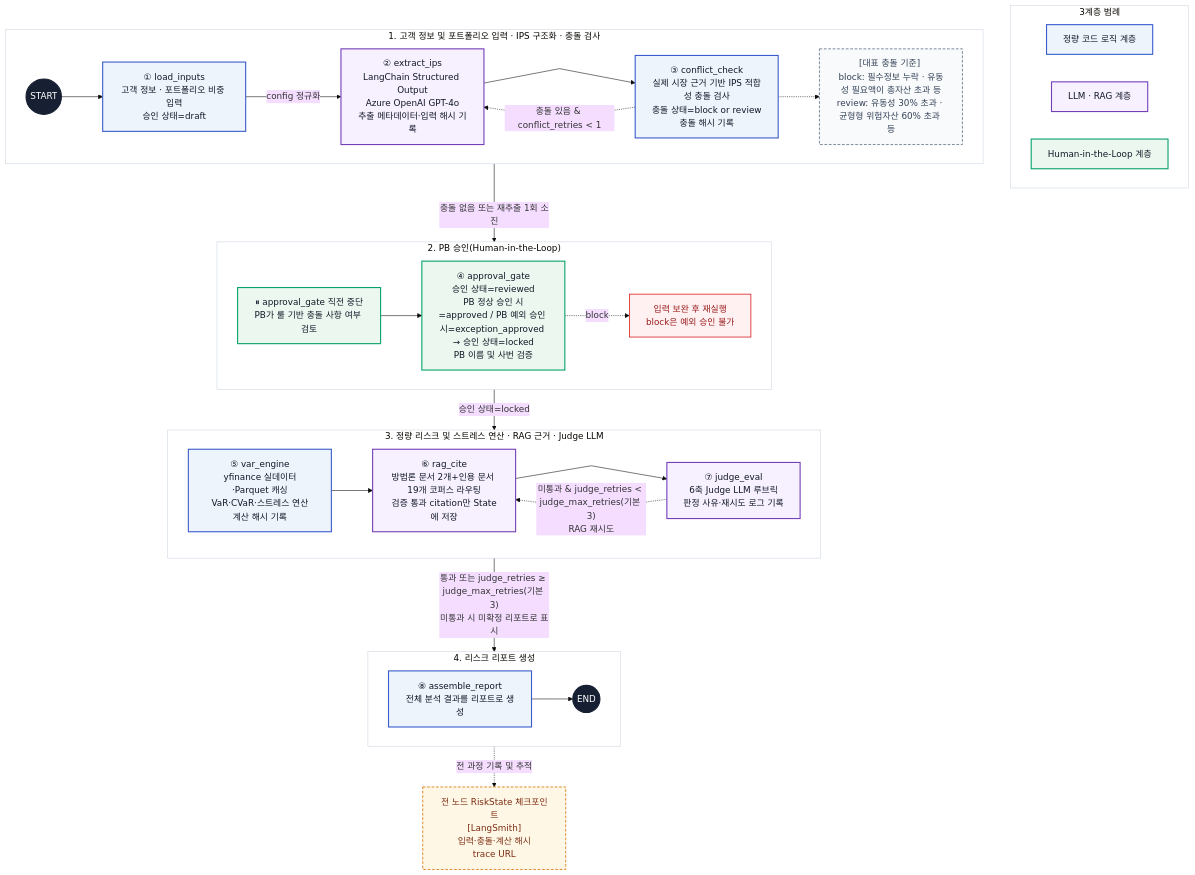
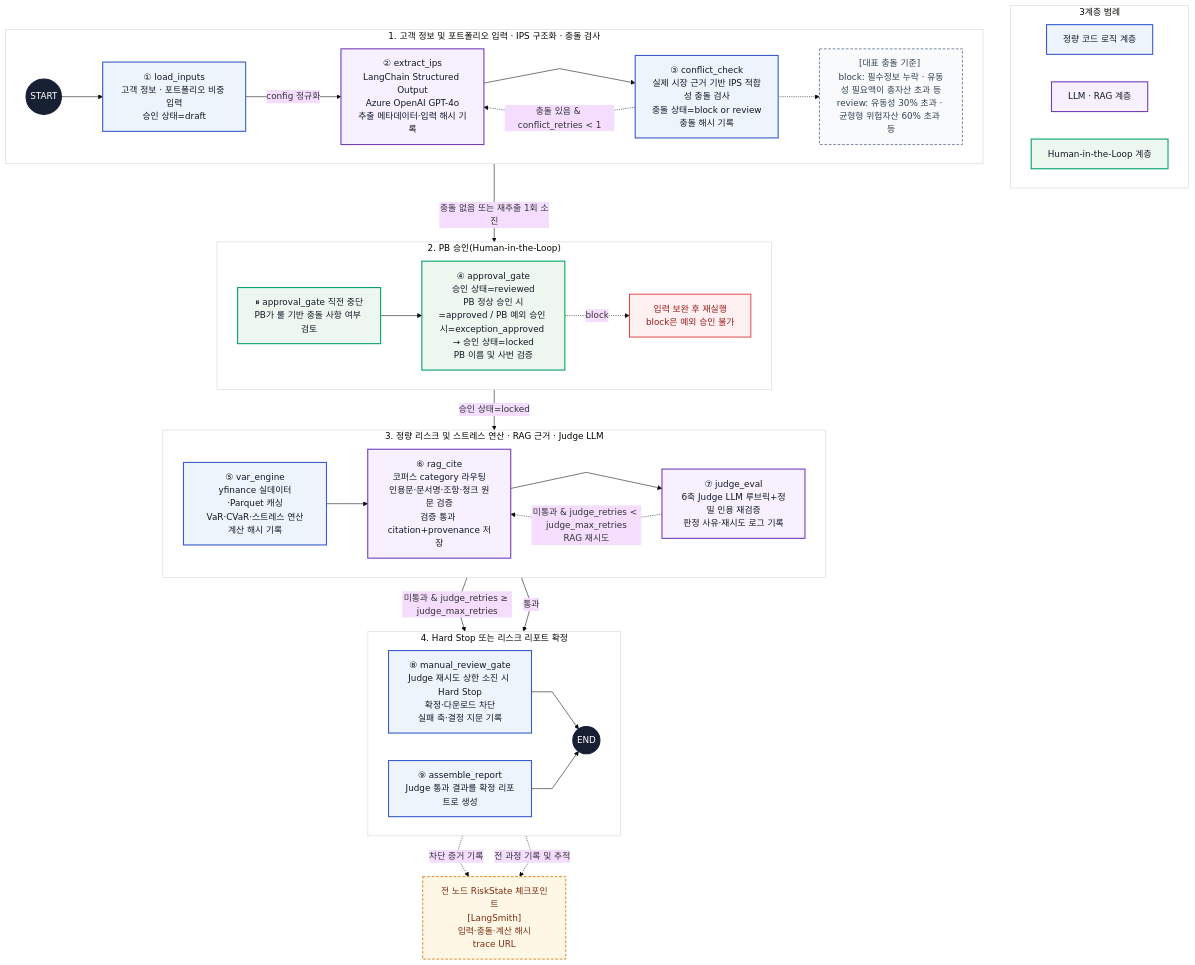
Before and after one commit to SamsungSecurities-YoungCreator-15th-4/S_Hub: the diagram in mermaid.mmd, drawn with Mermaid. The commit also changed 16 other files, not shown here.

Commit message:
feat: Judge Hard Stop 및 정밀 인용 검증 추가

```diff
--- a/mermaid.mmd
+++ b/mermaid.mmd
@@ -1,92 +1,96 @@
 %%{init: {"theme": "base", "flowchart": {"htmlLabels": true, "curve": "linear"}}}%%
 %% S.ymphony Mermaid 아키텍처
-%% 실제 LangGraph 노드 8개 · 실행 단계 4개 · 아키텍처 계층 3개 · 조건부 루프 2개 · HITL 1개
+%% 실제 LangGraph 노드 9개 · 실행 단계 4개 · 아키텍처 계층 3개 · 조건부 루프 2개 · HITL 1개
 flowchart TB
 
     %% 실행 흐름과 분리된 아키텍처 계층 범례
     subgraph LEGEND["3계층 범례"]
         direction LR
         KEY_DET["정량 코드 로직 계층"]
         KEY_LLM["LLM · RAG 계층"]
         KEY_HITL["Human-in-the-Loop 계층"]
     end
 
     %% 1단계: 고객 정보 및 포트폴리오 입력, IPS 구조화, 충돌 검사
     subgraph STEP1["1. 고객 정보 및 포트폴리오 입력 · IPS 구조화 · 충돌 검사"]
         direction LR
         START((START))
         N1["① load_inputs<br/>고객 정보 · 포트폴리오 비중 입력<br/>승인 상태=draft"]
         N2["② extract_ips<br/>LangChain Structured Output<br/>Azure OpenAI GPT-4o<br/>추출 메타데이터·입력 해시 기록"]
         N3["③ conflict_check<br/>실제 시장 근거 기반 IPS 적합성 충돌 검사<br/>충돌 상태=block or review<br/>충돌 해시 기록"]
         CONFLICT["[대표 충돌 기준] <br/>block: 필수정보 누락 · 유동성 필요액이 총자산 초과 등<br/>review: 유동성 30% 초과 · 균형형 위험자산 60% 초과 등"]
 
         START --> N1
         N1 -->|"config 정규화"| N2
         N2 --> N3
         N3 -. "충돌 있음 & conflict_retries < 1" .-> N2
         N3 -.-> CONFLICT
     end
 
     %% 2단계: PB 승인(Human-in-the-Loop)
     subgraph STEP2["2. PB 승인(Human-in-the-Loop)"]
         direction LR
         PAUSE["⏸ approval_gate 직전 중단<br/>PB가 룰 기반 충돌 사항 여부 검토"]
         N4["④ approval_gate<br/>승인 상태=reviewed<br/>PB 정상 승인 시=approved / PB 예외 승인 시=exception_approved → 승인 상태=locked<br/>PB 이름 및 사번 검증"]
         STOP["입력 보완 후 재실행<br/>block은 예외 승인 불가"]
 
         PAUSE --> N4
         N4 -. "block" .-> STOP
     end
 
     %% 3단계: 정량 리스크 엔진, XAI, 검증 및 추적
     subgraph STEP3["3. 정량 리스크 및 스트레스 연산 · RAG 근거 · Judge LLM"]
         direction LR
         N5["⑤ var_engine<br/>yfinance 실데이터·Parquet 캐싱<br/>VaR·CVaR·스트레스 연산<br/>계산 해시 기록"]
-        N6["⑥ rag_cite<br/>방법론 문서 2개+인용 문서 19개 코퍼스 라우팅<br/>검증 통과 citation만 State에 저장"]
-        N7["⑦ judge_eval<br/>6축 Judge LLM 루브릭<br/>판정 사유·재시도 로그 기록"]
+        N6["⑥ rag_cite<br/>코퍼스 category 라우팅<br/>인용문·문서명·조항·청크 원문 검증<br/>검증 통과 citation+provenance 저장"]
+        N7["⑦ judge_eval<br/>6축 Judge LLM 루브릭+정밀 인용 재검증<br/>판정 사유·재시도 로그 기록"]
 
         N5 --> N6
         N6 --> N7
-        N7 -. "미통과 & judge_retries < judge_max_retries(기본 3)<br/>RAG 재시도" .-> N6
+        N7 -. "미통과 & judge_retries < judge_max_retries<br/>RAG 재시도" .-> N6
     end
 
-    %% 4단계: 최종 리스크 리포트 생성
-    subgraph STEP4["4. 리스크 리포트 생성"]
+    %% 4단계: Hard Stop 또는 최종 리스크 리포트 확정
+    subgraph STEP4["4. Hard Stop 또는 리스크 리포트 확정"]
         direction LR
-        N8["⑧ assemble_report<br/>전체 분석 결과를 리포트로 생성"]
+        N8["⑧ manual_review_gate<br/>Judge 재시도 상한 소진 시 Hard Stop<br/>확정·다운로드 차단<br/>실패 축·결정 지문 기록"]
+        N9["⑨ assemble_report<br/>Judge 통과 결과를 확정 리포트로 생성"]
         END((END))
 
         N8 --> END
+        N9 --> END
     end
 
     %% 단계 간 기본 실행 경로
     N3 -->|"충돌 없음 또는 재추출 1회 소진"| PAUSE
     N4 -->|"승인 상태=locked"| N5
-    N7 -->|"통과 또는 judge_retries ≥ judge_max_retries(기본 3)<br/>미통과 시 미확정 리포트로 표시"| N8
+    N7 -->|"미통과 & judge_retries ≥ judge_max_retries"| N8
+    N7 -->|"통과"| N9
 
     %% 그래프 외 공통 감사 요소: 단일 연결로 교차선을 최소화
     AUDIT["전 노드 RiskState 체크포인트<br/>[LangSmith]<br/>입력·충돌·계산 해시<br/>trace URL"]
-    N8 -. "전 과정 기록 및 추적" .-> AUDIT
+    N8 -. "차단 증거 기록" .-> AUDIT
+    N9 -. "전 과정 기록 및 추적" .-> AUDIT
 
     %% 3계층은 실행 순서를 유지한 채 노드 색상으로 구분
     classDef deterministic fill:#EDF4FC,stroke:#3B5CCC,color:#111827,stroke-width:2px;
     classDef llmNode fill:#F6F0FF,stroke:#7440B8,color:#111827,stroke-width:2px;
     classDef hitlNode fill:#ECF8EF,stroke:#08A26A,color:#111827,stroke-width:2px;
     classDef terminal fill:#172033,stroke:#172033,color:#FFFFFF,stroke-width:2px;
     classDef stop fill:#FFF1F2,stroke:#DC2626,color:#991B1B,stroke-width:1.5px;
     classDef audit fill:#FFF7E6,stroke:#D97706,color:#7C2D12,stroke-width:1.5px,stroke-dasharray:5 3;
     classDef note fill:#F8FAFC,stroke:#64748B,color:#334155,stroke-width:1.5px,stroke-dasharray:5 3;
 
-    class KEY_DET,N1,N3,N5,N8 deterministic;
+    class KEY_DET,N1,N3,N5,N8,N9 deterministic;
     class KEY_LLM,N2,N6,N7 llmNode;
     class KEY_HITL,PAUSE,N4 hitlNode;
     class START,END terminal;
     class STOP stop;
     class AUDIT audit;
     class CONFLICT note;
 
     style LEGEND fill:#FFFFFF,stroke:#CBD5E1,stroke-width:1px
     style STEP1 fill:#FFFFFF,stroke:#CBD5E1,stroke-width:1px
     style STEP2 fill:#FFFFFF,stroke:#CBD5E1,stroke-width:1px
     style STEP3 fill:#FFFFFF,stroke:#CBD5E1,stroke-width:1px
     style STEP4 fill:#FFFFFF,stroke:#CBD5E1,stroke-width:1px
```
